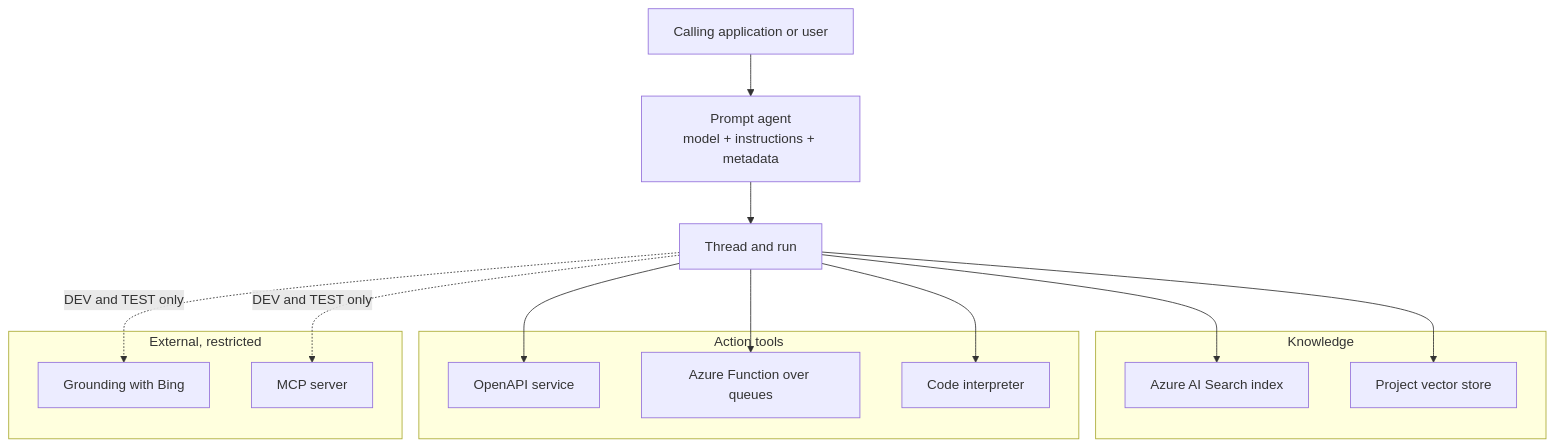
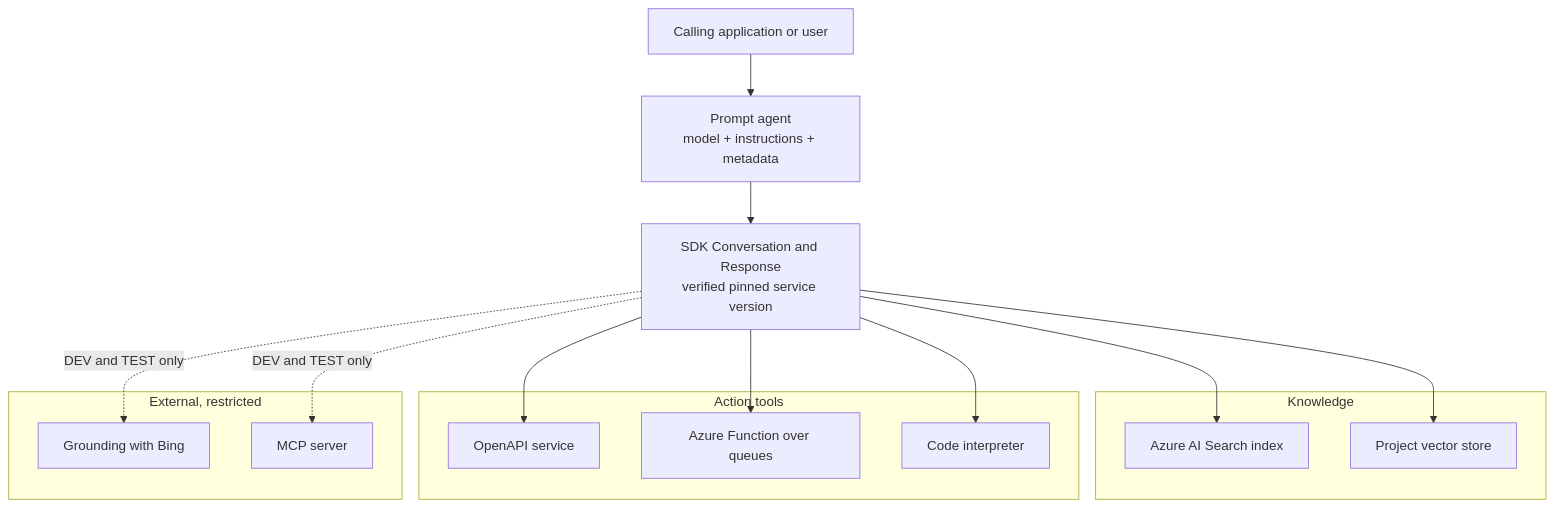
Before and after one commit to rob-mckenna/foundry-prompt-agent-cicd-accelerator: the sixth of 7 diagrams in docs/architecture.md, drawn with Mermaid. The commit also changed other lines of this file and 56 other files, not shown here.

````diff
--- a/docs/architecture.md
+++ b/docs/architecture.md
@@ -174,27 +178,27 @@
 ```mermaid
 flowchart TB
     USER["Calling application or user"] --> AGENT["Prompt agent<br/>model + instructions + metadata"]
-    AGENT --> TR["Thread and run"]
+    AGENT --> TR["SDK Conversation and Response<br/>verified pinned service version"]
 
     subgraph KNOW["Knowledge"]
         AIS["Azure AI Search index"]
         VS["Project vector store"]
     end
     subgraph TOOLS["Action tools"]
         OAPI["OpenAPI service"]
         FUNC["Azure Function over queues"]
         CI["Code interpreter"]
     end
     subgraph EXT["External, restricted"]
         BING["Grounding with Bing"]
         MCP["MCP server"]
     end
 
     TR --> AIS
     TR --> VS
     TR --> OAPI
     TR --> FUNC
     TR --> CI
     TR -.->|DEV and TEST only| BING
     TR -.->|DEV and TEST only| MCP
 ```
````
